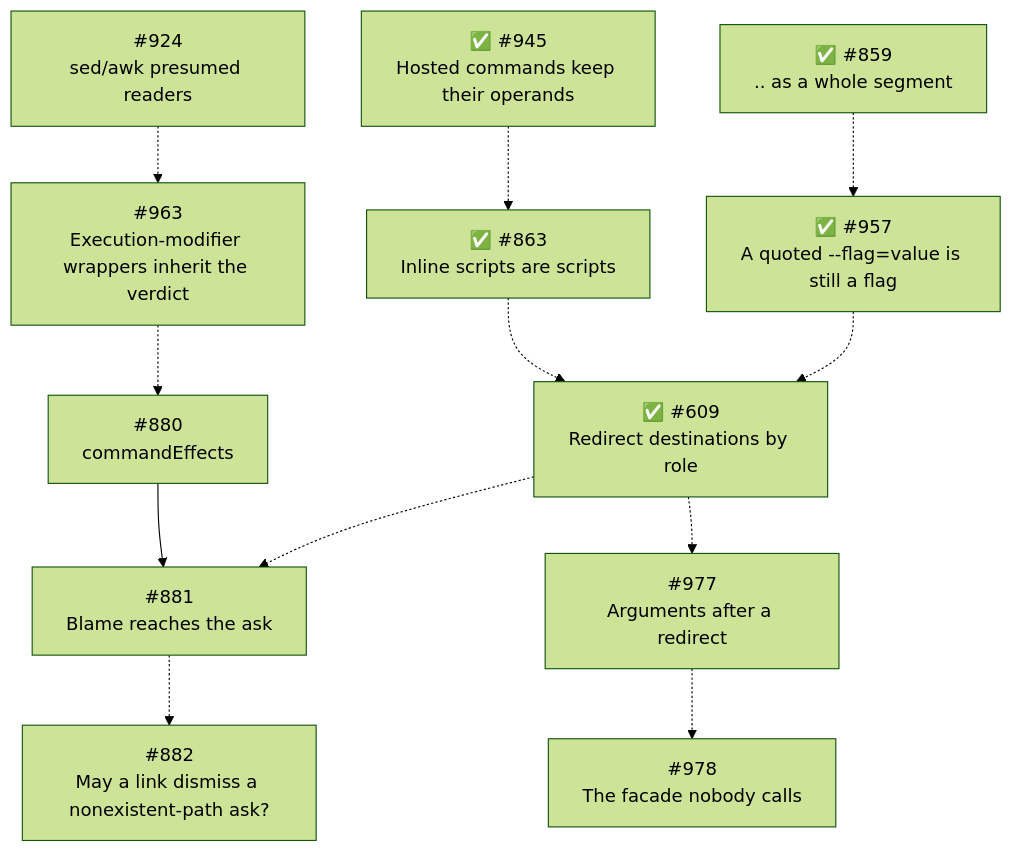
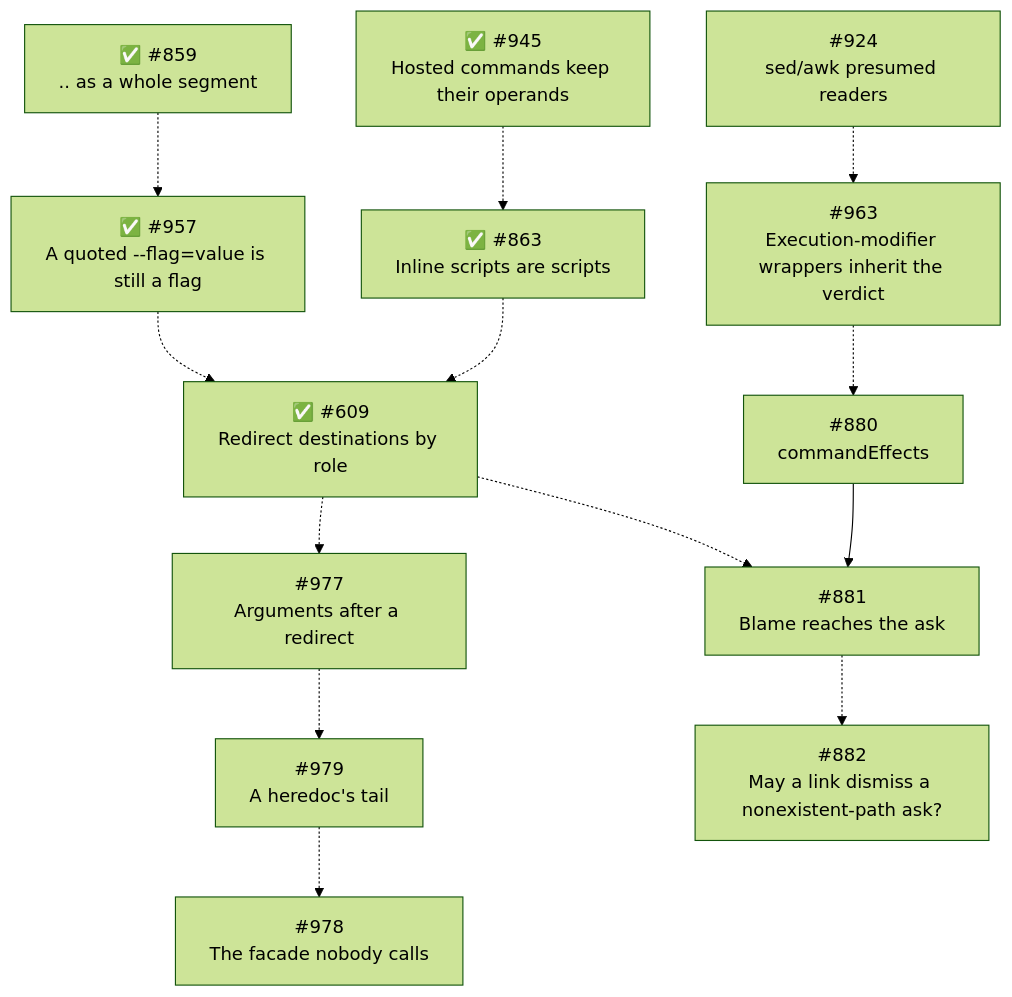
The fourth of 4 diagrams in packages/pi-permission-system/docs/architecture/architecture.md (Jopqior/gotgenes-pi-packages), drawn with Mermaid (forest theme) before and after one commit. The commit also changed other lines of this file, not shown here.

````diff
--- a/packages/pi-permission-system/docs/architecture/architecture.md
+++ b/packages/pi-permission-system/docs/architecture/architecture.md
@@ -1542,14 +1559,15 @@
 ```mermaid
 flowchart TD
     S945["✅ #945<br/>Hosted commands keep their operands"] -.-> S863["✅ #863<br/>Inline scripts are scripts"]
     S863 -.-> S609["✅ #609<br/>Redirect destinations by role"]
     S859["✅ #859<br/>.. as a whole segment"] -.-> S957["✅ #957<br/>A quoted --flag=value is still a flag"]
     S957 -.-> S609
     S924["#924<br/>sed/awk presumed readers"] -.-> S963["#963<br/>Execution-modifier wrappers inherit the verdict"]
     S963 -.-> S880["#880<br/>commandEffects"]
     S880 --> S881["#881<br/>Blame reaches the ask"]
     S609 -.-> S881
     S609 -.-> S977["#977<br/>Arguments after a redirect"]
-    S977 -.-> S978["#978<br/>The facade nobody calls"]
+    S977 -.-> S979["#979<br/>A heredoc's tail"]
+    S979 -.-> S978["#978<br/>The facade nobody calls"]
     S881 -.-> S882["#882<br/>May a link dismiss a nonexistent-path ask?"]
 ```
````
